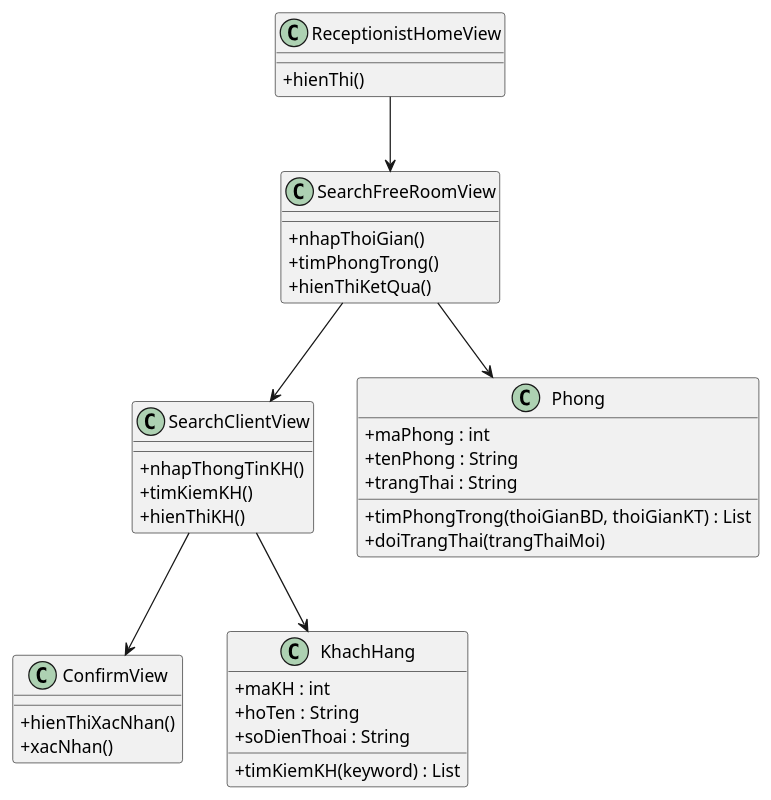
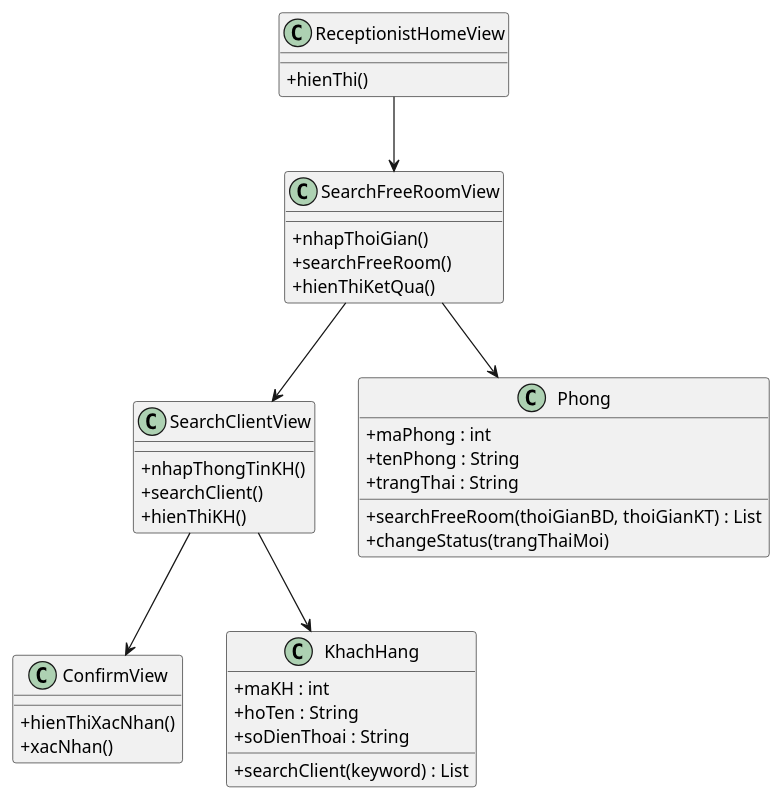
The first of 8 diagrams in docs/tabs/section-booking-ii.3-2.4.md (thanhtrnnn/cnpm), drawn with PlantUML before and after one commit. The commit also changed other lines of this file and 15 other files, not shown here.

First line of the commit message:
feat: add Phase II analysis BCE + sequence diagrams with narrative text

````diff
--- a/docs/tabs/section-booking-ii.3-2.4.md
+++ b/docs/tabs/section-booking-ii.3-2.4.md
@@ -8,47 +26,47 @@
 ```plantuml
 @startuml
 skinparam classAttributeIconSize 0
 
 class ReceptionistHomeView {
   +hienThi()
 }
 
 class SearchFreeRoomView {
   +nhapThoiGian()
-  +timPhongTrong()
+  +searchFreeRoom()
   +hienThiKetQua()
 }
 
 class SearchClientView {
   +nhapThongTinKH()
-  +timKiemKH()
+  +searchClient()
   +hienThiKH()
 }
 
 class ConfirmView {
   +hienThiXacNhan()
   +xacNhan()
 }
 
 class Phong {
   +maPhong : int
   +tenPhong : String
   +trangThai : String
-  +timPhongTrong(thoiGianBD, thoiGianKT) : List
-  +doiTrangThai(trangThaiMoi)
+  +searchFreeRoom(thoiGianBD, thoiGianKT) : List
+  +changeStatus(trangThaiMoi)
 }
 
 class KhachHang {
   +maKH : int
   +hoTen : String
   +soDienThoai : String
-  +timKiemKH(keyword) : List
+  +searchClient(keyword) : List
 }
 
 ReceptionistHomeView --> SearchFreeRoomView
 SearchFreeRoomView --> SearchClientView
 SearchClientView --> ConfirmView
 SearchFreeRoomView --> Phong
 SearchClientView --> KhachHang
 @enduml
 ```
````
